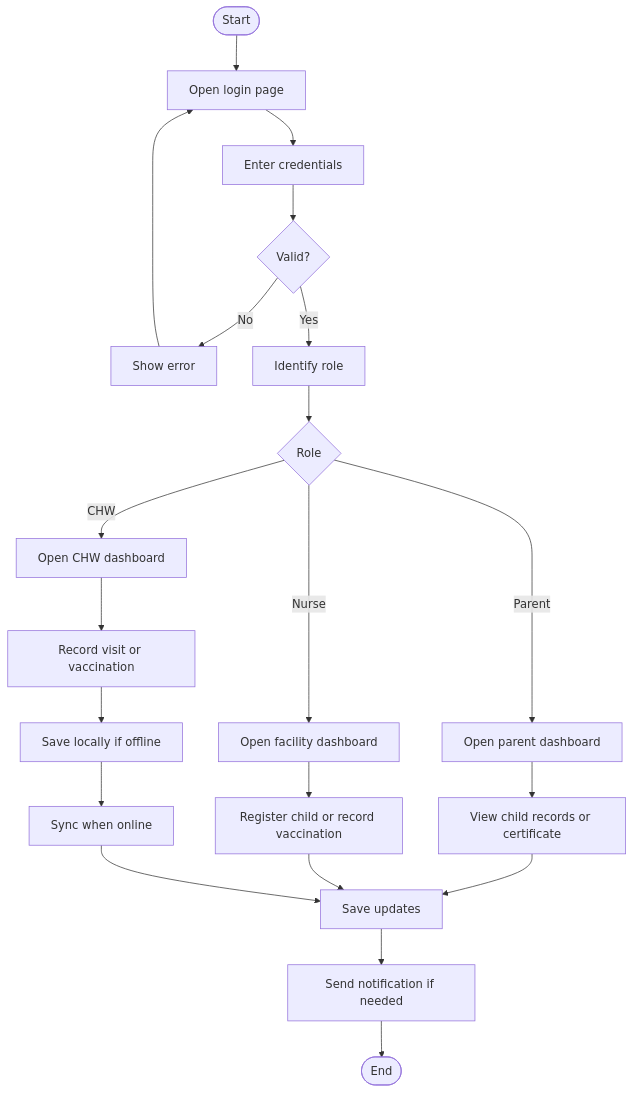
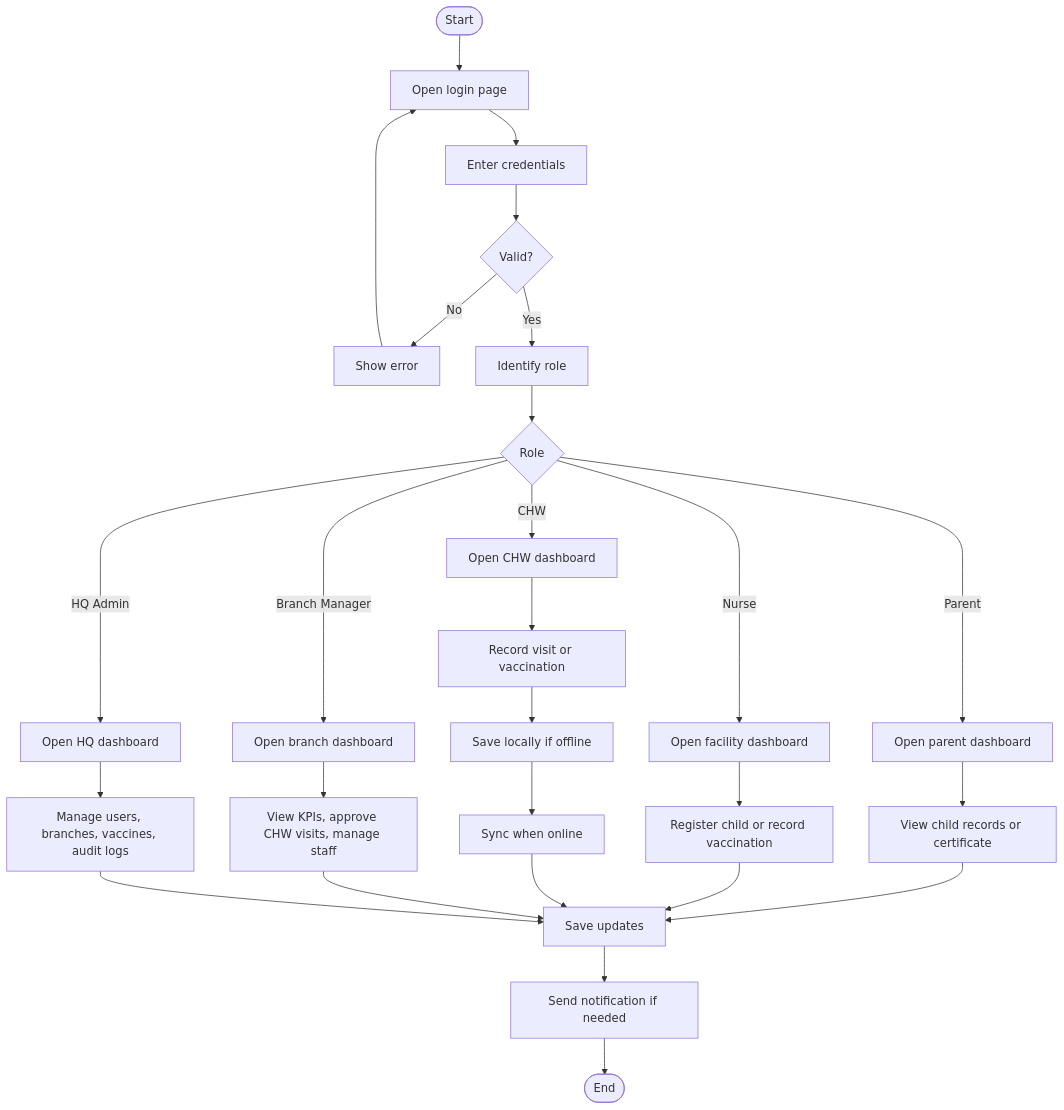
One commit to Juny-max/child-vaccination-system changed the first of 6 diagrams in docs/CHAPTER-4-DIAGRAMS.md. Above: the diagram before and after it, drawn with Mermaid. The commit also changed other lines of this file and 1 other file, not shown here.

First line of the commit message:
docs: update flowcharts and diagrams to reflect current 5-role system

````diff
--- a/docs/CHAPTER-4-DIAGRAMS.md
+++ b/docs/CHAPTER-4-DIAGRAMS.md
@@ -5,22 +5,28 @@
 ```mermaid
 flowchart TD
   A([Start]) --> B[Open login page]
   B --> C[Enter credentials]
   C --> D{Valid?}
   D -- No --> E[Show error] --> B
   D -- Yes --> F[Identify role]
   F --> G{Role}
   G -- Parent --> H[Open parent dashboard]
   G -- Nurse --> I[Open facility dashboard]
   G -- CHW --> J[Open CHW dashboard]
+  G -- Branch Manager --> BM[Open branch dashboard]
+  G -- HQ Admin --> HQ[Open HQ dashboard]
   H --> K[View child records or certificate]
   I --> L[Register child or record vaccination]
   J --> M[Record visit or vaccination]
+  BM --> BM2[View KPIs, approve CHW visits, manage staff]
+  HQ --> HQ2[Manage users, branches, vaccines, audit logs]
   M --> N[Save locally if offline]
   N --> O[Sync when online]
   K --> P[Save updates]
   L --> P
   O --> P
+  BM2 --> P
+  HQ2 --> P
   P --> Q[Send notification if needed]
   Q --> R([End])
 ```
````
